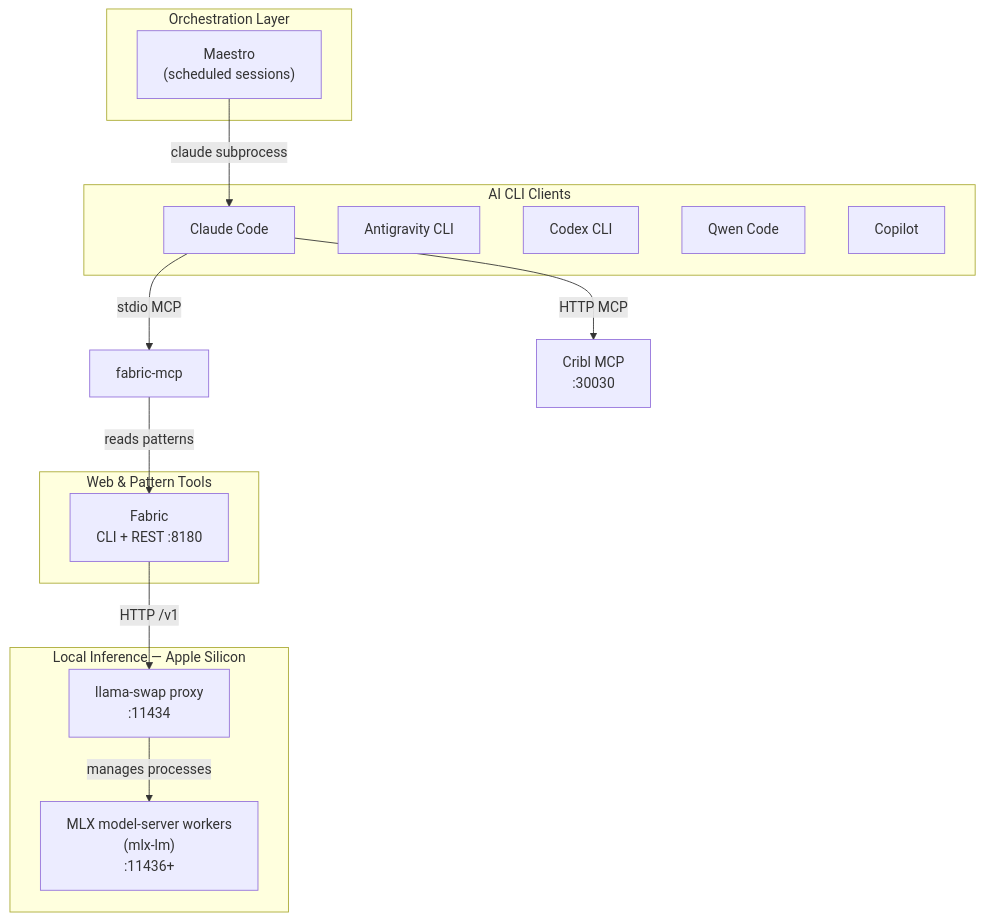
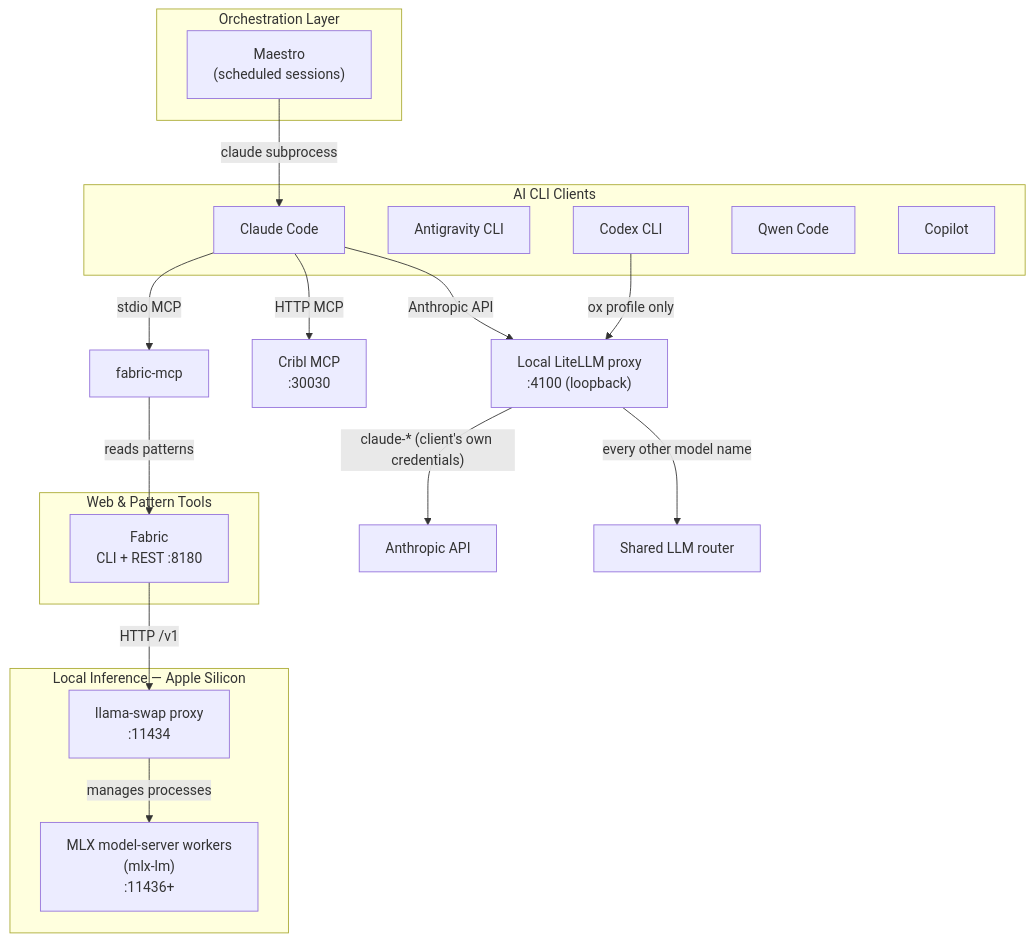
Before and after one commit to dryvist/nix-ai: the first of 4 diagrams in docs/architecture/system-integration-map.md, drawn with Mermaid. The commit also changed other lines of this file and 17 other files, not shown here.

````diff
--- a/docs/architecture/system-integration-map.md
+++ b/docs/architecture/system-integration-map.md
@@ -11,33 +11,38 @@
 ```mermaid
 graph TD
     subgraph Clients["AI CLI Clients"]
         CC["Claude Code"]
         GEM["Antigravity CLI"]
         CDX["Codex CLI"]
         QWEN["Qwen Code"]
         COP["Copilot"]
     end
 
     subgraph Orchestration["Orchestration Layer"]
         MAE["Maestro\n(scheduled sessions)"]
     end
 
     subgraph LocalInference["Local Inference — Apple Silicon"]
         LS["llama-swap proxy\n:11434"]
         WORKERS["MLX model-server workers\n(mlx-lm)\n:11436+"]
     end
 
     subgraph WebTools["Web & Pattern Tools"]
         FAB["Fabric\nCLI + REST :8180"]
     end
 
     CC -->|stdio MCP| FAB_MCP["fabric-mcp"]
     CC -->|HTTP MCP| CRIBL["Cribl MCP\n:30030"]
     MAE -->|claude subprocess| CC
 
+    CC -->|Anthropic API| LL["Local LiteLLM proxy\n:4100 (loopback)"]
+    CDX -->|ox profile only| LL
+    LL -->|"claude-* (client's own credentials)"| ANTH["Anthropic API"]
+    LL -->|"every other model name"| ROUTER["Shared LLM router"]
+
     FAB_MCP -->|reads patterns| FAB
 
     FAB -->|HTTP /v1| LS
 
     LS -->|manages processes| WORKERS
 ```
````
